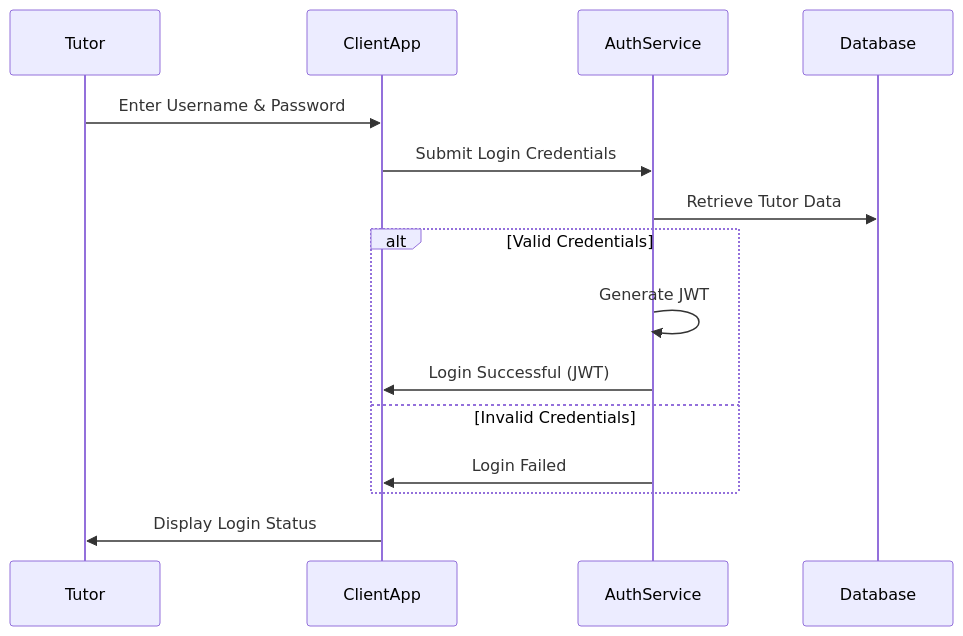
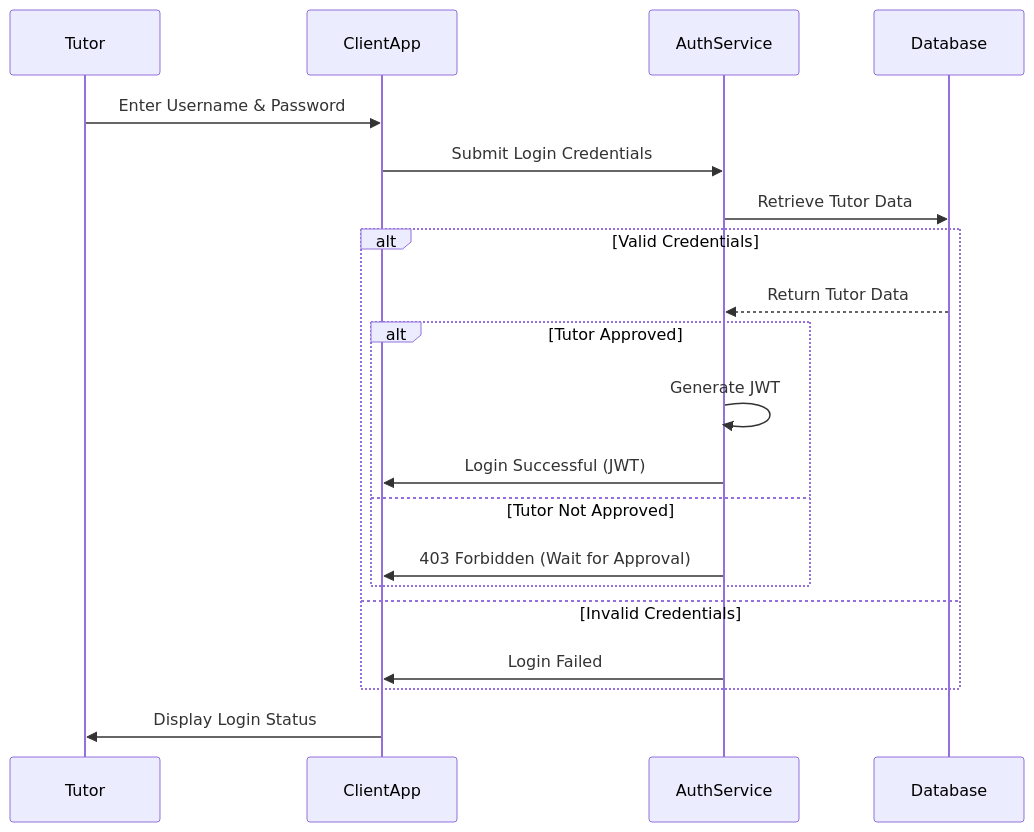
One commit to StrivingToAdoniss/PEER-tutoring-platform changed the fourth of 5 diagrams in docs/README.md. Above: the diagram before and after it, drawn with Mermaid. The commit also changed other lines of this file, not shown here.

Commit message:
docs: update sequence diagrams

````diff
--- a/docs/README.md
+++ b/docs/README.md
@@ -101,18 +79,23 @@
 ```mermaid
 sequenceDiagram
     participant Tutor
     participant ClientApp
     participant AuthService
     participant Database
 
     Tutor->>ClientApp: Enter Username & Password
     ClientApp->>AuthService: Submit Login Credentials
     AuthService->>Database: Retrieve Tutor Data
     alt Valid Credentials
-        AuthService->>AuthService: Generate JWT
-        AuthService->>ClientApp: Login Successful (JWT)
+        Database-->>AuthService: Return Tutor Data
+        alt Tutor Approved
+            AuthService->>AuthService: Generate JWT
+            AuthService->>ClientApp: Login Successful (JWT)
+        else Tutor Not Approved
+            AuthService->>ClientApp: 403 Forbidden (Wait for Approval)
+        end
     else Invalid Credentials
         AuthService->>ClientApp: Login Failed
     end
     ClientApp->>Tutor: Display Login Status
 ```
````
